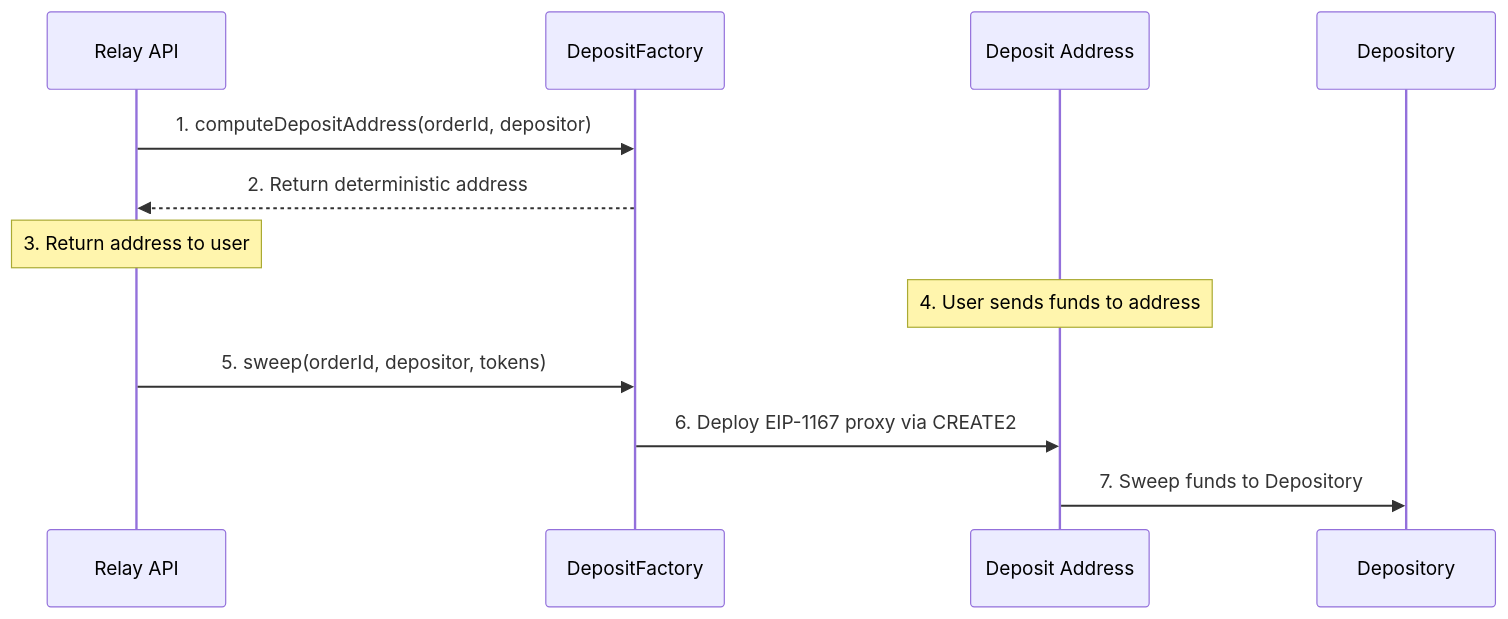
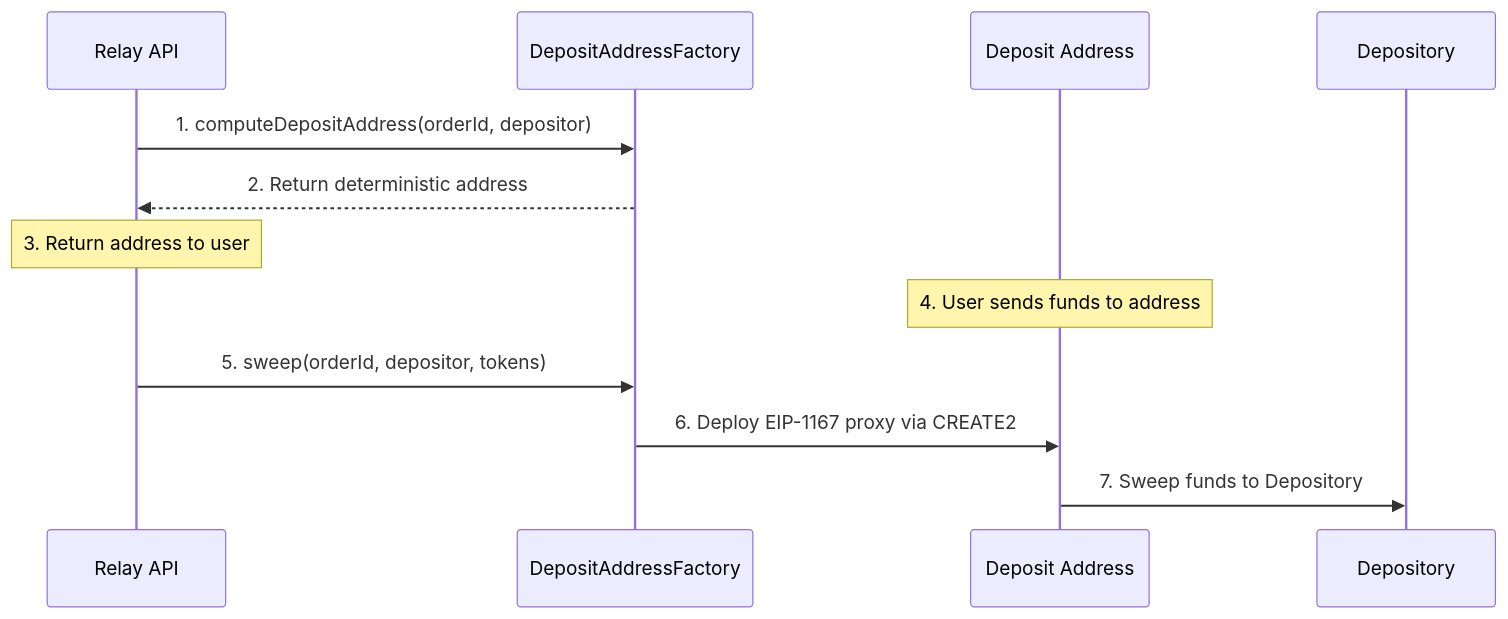
Before and after one commit to relayprotocol/relay-docs: the diagram in references/protocol/components/deposit-addresses.mdx, drawn with Mermaid. The commit also changed other lines of this file and 7 other files, not shown here.

````diff
--- a/references/protocol/components/deposit-addresses.mdx
+++ b/references/protocol/components/deposit-addresses.mdx
@@ -21,15 +21,15 @@
 ```mermaid
 sequenceDiagram
     participant API as Relay API
-    participant F as DepositFactory
+    participant F as DepositAddressFactory
     participant DA as Deposit Address
     participant D as Depository
 
     API->>F: 1. computeDepositAddress(orderId, depositor)
     F-->>API: 2. Return deterministic address
     Note over API: 3. Return address to user
     Note over DA: 4. User sends funds to address
     API->>F: 5. sweep(orderId, depositor, tokens)
     F->>DA: 6. Deploy EIP-1167 proxy via CREATE2
     DA->>D: 7. Sweep funds to Depository
 ```
````
